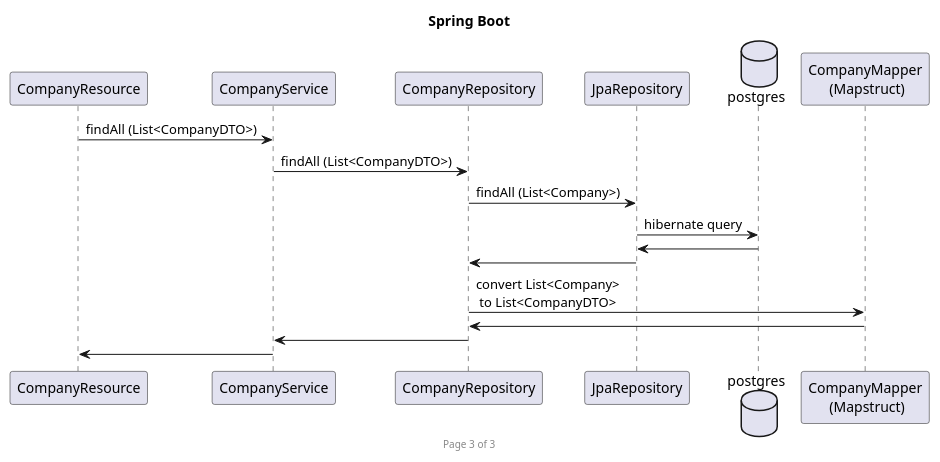
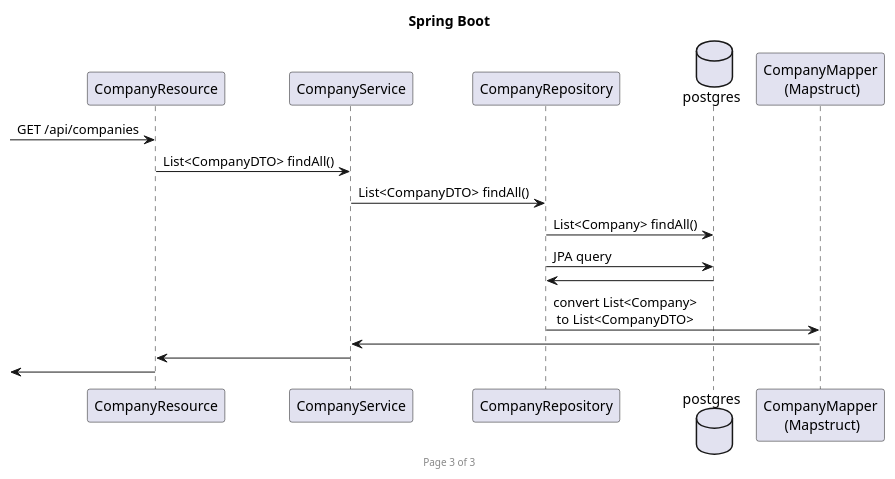
The diagram in docs/diagramm/springBootSequenceDiagram.puml (geyuqiu/presentations), drawn with PlantUML before and after one commit. The commit also changed 5 other files, not shown here.

```diff
--- a/docs/diagramm/springBootSequenceDiagram.puml
+++ b/docs/diagramm/springBootSequenceDiagram.puml
@@ -1,17 +1,17 @@
 @startuml
 
 footer Page 3 of 3
 
 title Spring Boot
-CompanyResource -> CompanyService: findAll (List<CompanyDTO>)
-CompanyService -> CompanyRepository: findAll (List<CompanyDTO>)
-CompanyRepository -> JpaRepository: findAll (List<Company>)
+[-> CompanyResource: GET /api/companies
+CompanyResource -> CompanyService: List<CompanyDTO> findAll()
+CompanyService -> CompanyRepository: List<CompanyDTO> findAll()
 database "postgres"
-JpaRepository -> postgres: hibernate query
-postgres -> JpaRepository
-JpaRepository -> CompanyRepository
+CompanyRepository -> postgres: List<Company> findAll()
+CompanyRepository -> postgres: JPA query
+postgres -> CompanyRepository
 CompanyRepository -> "CompanyMapper\n (Mapstruct)": convert List<Company>\n to List<CompanyDTO>
-"CompanyMapper\n (Mapstruct)"-> CompanyRepository
-CompanyRepository -> CompanyService
+"CompanyMapper\n (Mapstruct)"-> CompanyService
 CompanyService -> CompanyResource
+CompanyResource ->[
 @enduml
```
